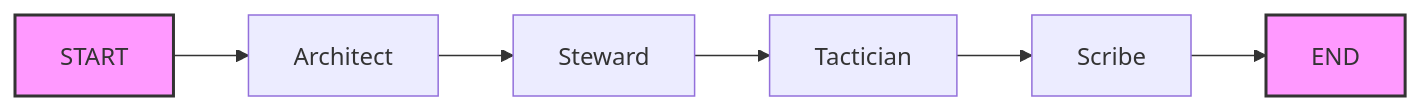
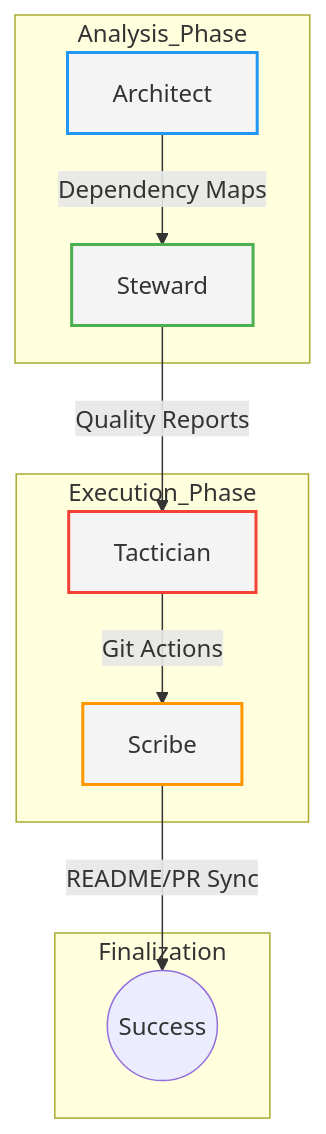
Before and after one commit to SRDdev/GitMentor: the first of 2 diagrams in README.md, drawn with Mermaid. The commit also changed other lines of this file and 1 other file, not shown here.

````diff
--- a/README.md
+++ b/README.md
@@ -15,10 +12,19 @@
 ```mermaid
-graph LR
-    START --> Architect
-    Architect --> Steward
-    Steward --> Tactician
-    Tactician --> Scribe
-    Scribe --> END
-    style START fill:#f9f,stroke:#333,stroke-width:2px
-    style END fill:#f9f,stroke:#333,stroke-width:2px
+graph TD
+    subgraph Analysis_Phase
+        A[Architect] -->|Dependency Maps| S[Steward]
+    end
+    subgraph Execution_Phase
+        S -->|Quality Reports| T[Tactician]
+        T -->|Git Actions| Sc[Scribe]
+    end
+    subgraph Finalization
+        Sc -->|README/PR Sync| END((Success))
+    end
+    
+    style A fill:#f4f4f4,stroke:#2196f3,stroke-width:2px
+    style S fill:#f4f4f4,stroke:#4caf50,stroke-width:2px
+    style T fill:#f4f4f4,stroke:#f44336,stroke-width:2px
+    style Sc fill:#f4f4f4,stroke:#ff9800,stroke-width:2px
+
 ```
````
